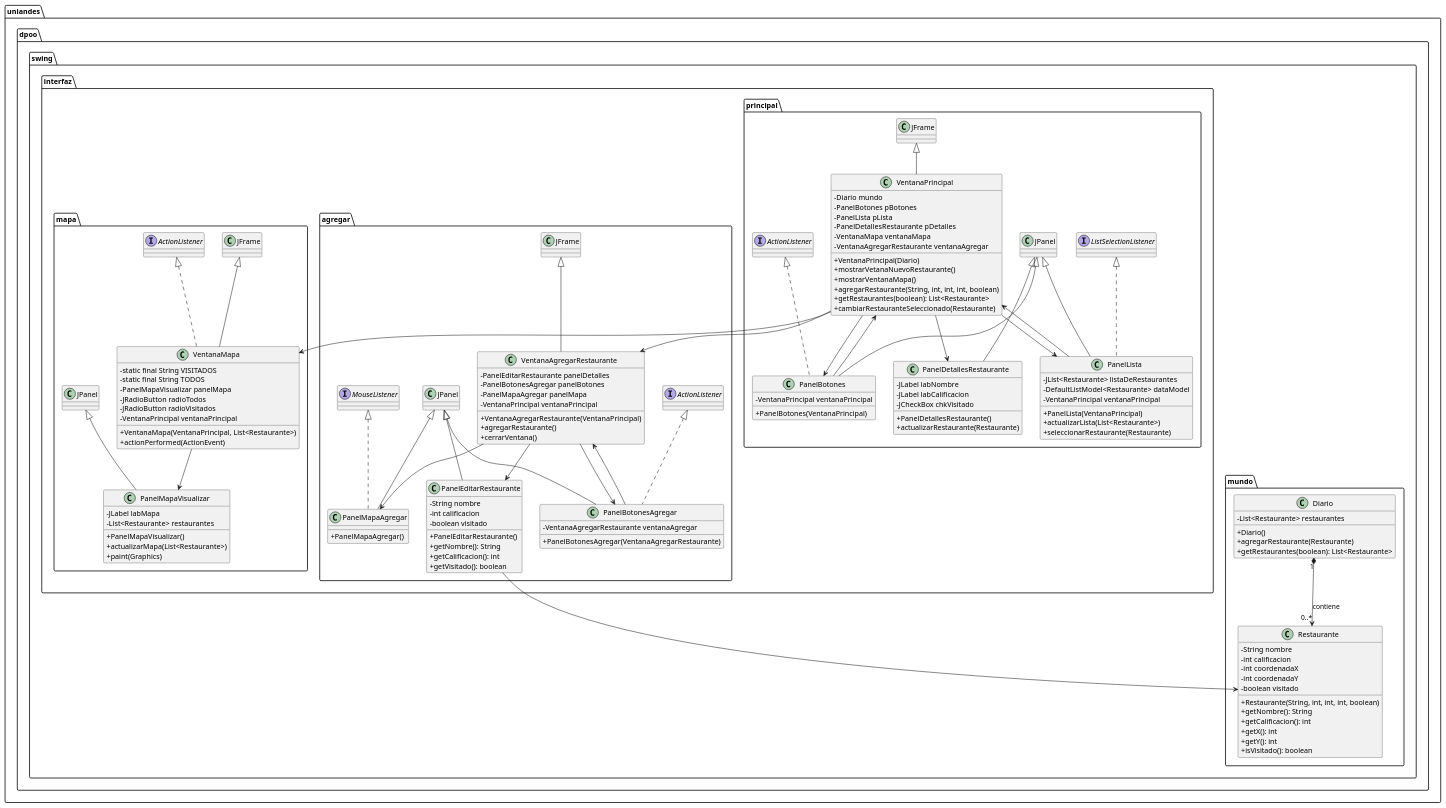
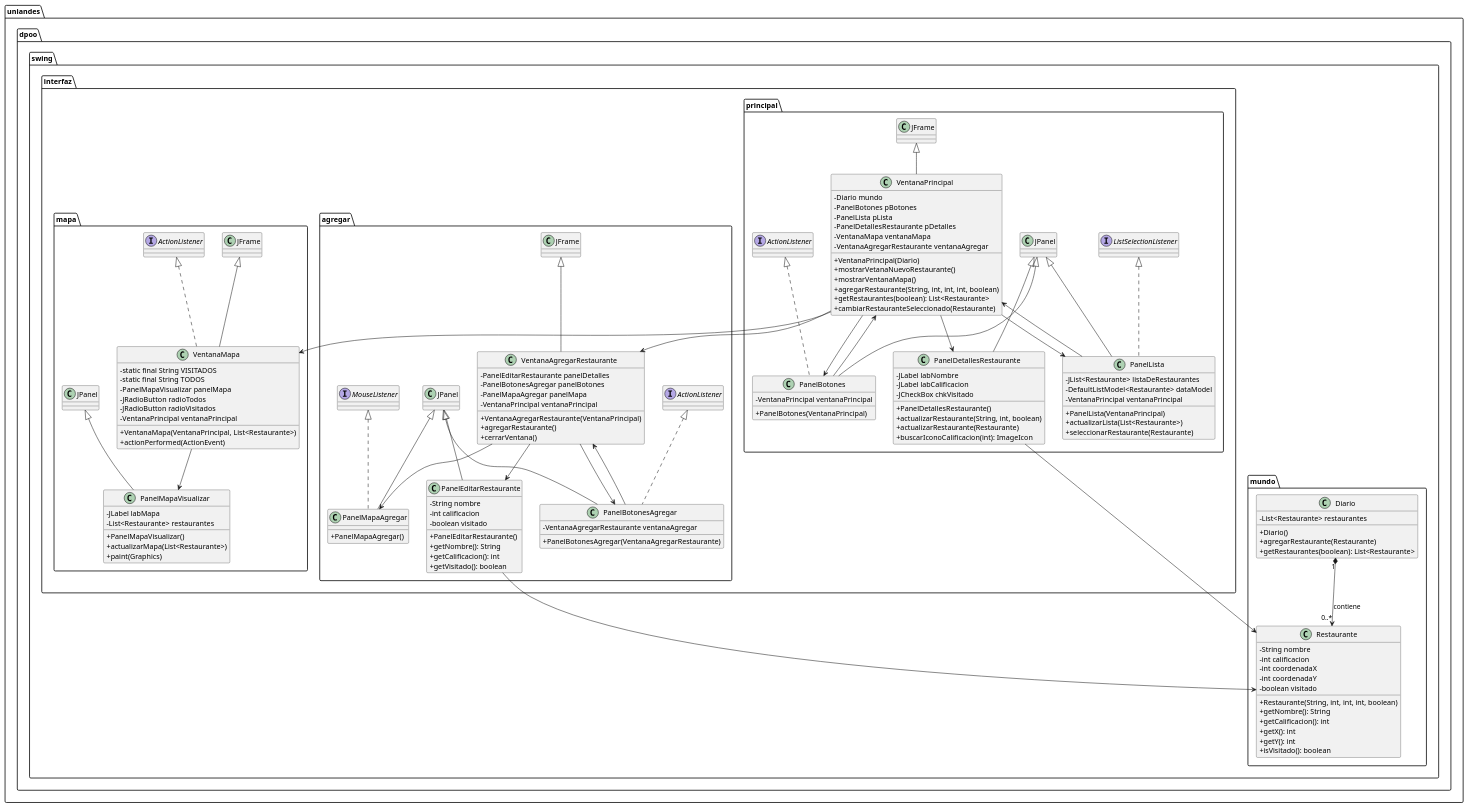
Before and after one commit to OscarEduardoMartinezAcevedo/Taller6DPOO2024-2: the diagram in Taller Swing Restaurantes Esqueleto/Diagrama_UML/UML.puml, drawn with PlantUML. The commit also changed 2 other files, not shown here.

```diff
--- a/Taller Swing Restaurantes Esqueleto/Diagrama_UML/UML.puml
+++ b/Taller Swing Restaurantes Esqueleto/Diagrama_UML/UML.puml
@@ -1,146 +1,149 @@
 @startuml
 skinparam classAttributeIconSize 0
 
 package "uniandes.dpoo.swing.mundo" {
     class Restaurante {
         - String nombre
         - int calificacion
         - int coordenadaX
         - int coordenadaY
         - boolean visitado
 
         + Restaurante(String, int, int, int, boolean)
         + getNombre(): String
         + getCalificacion(): int
         + getX(): int
         + getY(): int
         + isVisitado(): boolean
     }
 
     class Diario {
         - List<Restaurante> restaurantes
 
         + Diario()
         + agregarRestaurante(Restaurante)
         + getRestaurantes(boolean): List<Restaurante>
     }
 }
 
 package "uniandes.dpoo.swing.interfaz.principal" {
     class VentanaPrincipal extends JFrame {
         - Diario mundo
         - PanelBotones pBotones
         - PanelLista pLista
         - PanelDetallesRestaurante pDetalles
         - VentanaMapa ventanaMapa
         - VentanaAgregarRestaurante ventanaAgregar
 
         + VentanaPrincipal(Diario)
         + mostrarVetanaNuevoRestaurante()
         + mostrarVentanaMapa()
         + agregarRestaurante(String, int, int, int, boolean)
         + getRestaurantes(boolean): List<Restaurante>
         + cambiarRestauranteSeleccionado(Restaurante)
     }
 
     class PanelBotones extends JPanel implements ActionListener{
         - VentanaPrincipal ventanaPrincipal
         + PanelBotones(VentanaPrincipal)
     }
 
     class PanelLista extends JPanel implements ListSelectionListener{
         - JList<Restaurante> listaDeRestaurantes
         - DefaultListModel<Restaurante> dataModel
         - VentanaPrincipal ventanaPrincipal
 
         + PanelLista(VentanaPrincipal)
         + actualizarLista(List<Restaurante>)
         + seleccionarRestaurante(Restaurante)
     }
 
     class PanelDetallesRestaurante extends JPanel{
         - JLabel labNombre
         - JLabel labCalificacion
         - JCheckBox chkVisitado
 
         + PanelDetallesRestaurante()
+        + actualizarRestaurante(String, int, boolean)
         + actualizarRestaurante(Restaurante)
+        + buscarIconoCalificacion(int): ImageIcon
     }
 }
 
 package "uniandes.dpoo.swing.interfaz.agregar" {
     class VentanaAgregarRestaurante extends JFrame{
         - PanelEditarRestaurante panelDetalles
         - PanelBotonesAgregar panelBotones
         - PanelMapaAgregar panelMapa
         - VentanaPrincipal ventanaPrincipal
 
         + VentanaAgregarRestaurante(VentanaPrincipal)
         + agregarRestaurante()
         + cerrarVentana()
     }
 
     class PanelEditarRestaurante extends JPanel{
         - String nombre
         - int calificacion
         - boolean visitado
 
         + PanelEditarRestaurante()
         + getNombre(): String
         + getCalificacion(): int
         + getVisitado(): boolean
     }
 
     class PanelBotonesAgregar extends JPanel implements ActionListener{
         - VentanaAgregarRestaurante ventanaAgregar
         + PanelBotonesAgregar(VentanaAgregarRestaurante)
     }
 
     class PanelMapaAgregar extends JPanel implements MouseListener{
         + PanelMapaAgregar()
     }
 }
 
 package "uniandes.dpoo.swing.interfaz.mapa" {
     class VentanaMapa extends JFrame implements ActionListener{
         - static final String VISITADOS
         - static final String TODOS
         - PanelMapaVisualizar panelMapa
         - JRadioButton radioTodos
         - JRadioButton radioVisitados
         - VentanaPrincipal ventanaPrincipal
 
         + VentanaMapa(VentanaPrincipal, List<Restaurante>)
         + actionPerformed(ActionEvent)
     }
 
     class PanelMapaVisualizar extends JPanel{
         - JLabel labMapa
         - List<Restaurante> restaurantes
 
         + PanelMapaVisualizar()
         + actualizarMapa(List<Restaurante>)
         + paint(Graphics)
     }
 }
 
 ' Relaciones entre las clases
 VentanaPrincipal --> PanelBotones
 VentanaPrincipal --> PanelLista
 VentanaPrincipal --> PanelDetallesRestaurante
 VentanaPrincipal --> VentanaMapa
 VentanaPrincipal --> VentanaAgregarRestaurante
 
 VentanaAgregarRestaurante --> PanelEditarRestaurante
 VentanaAgregarRestaurante --> PanelBotonesAgregar
 VentanaAgregarRestaurante --> PanelMapaAgregar
 
 VentanaMapa --> PanelMapaVisualizar
 
 PanelLista --> VentanaPrincipal
 PanelBotones --> VentanaPrincipal
 PanelBotonesAgregar --> VentanaAgregarRestaurante
 PanelEditarRestaurante --> Restaurante
 
 Diario "1" *--> "0..*" Restaurante : contiene
+PanelDetallesRestaurante --> Restaurante
 @enduml
```
